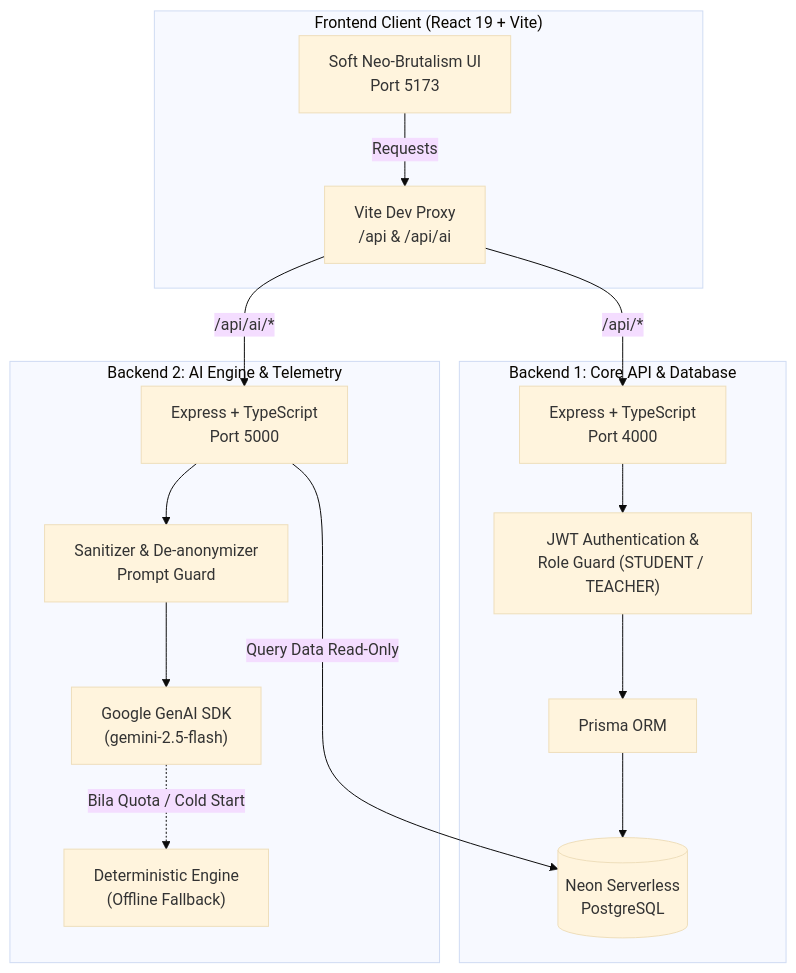
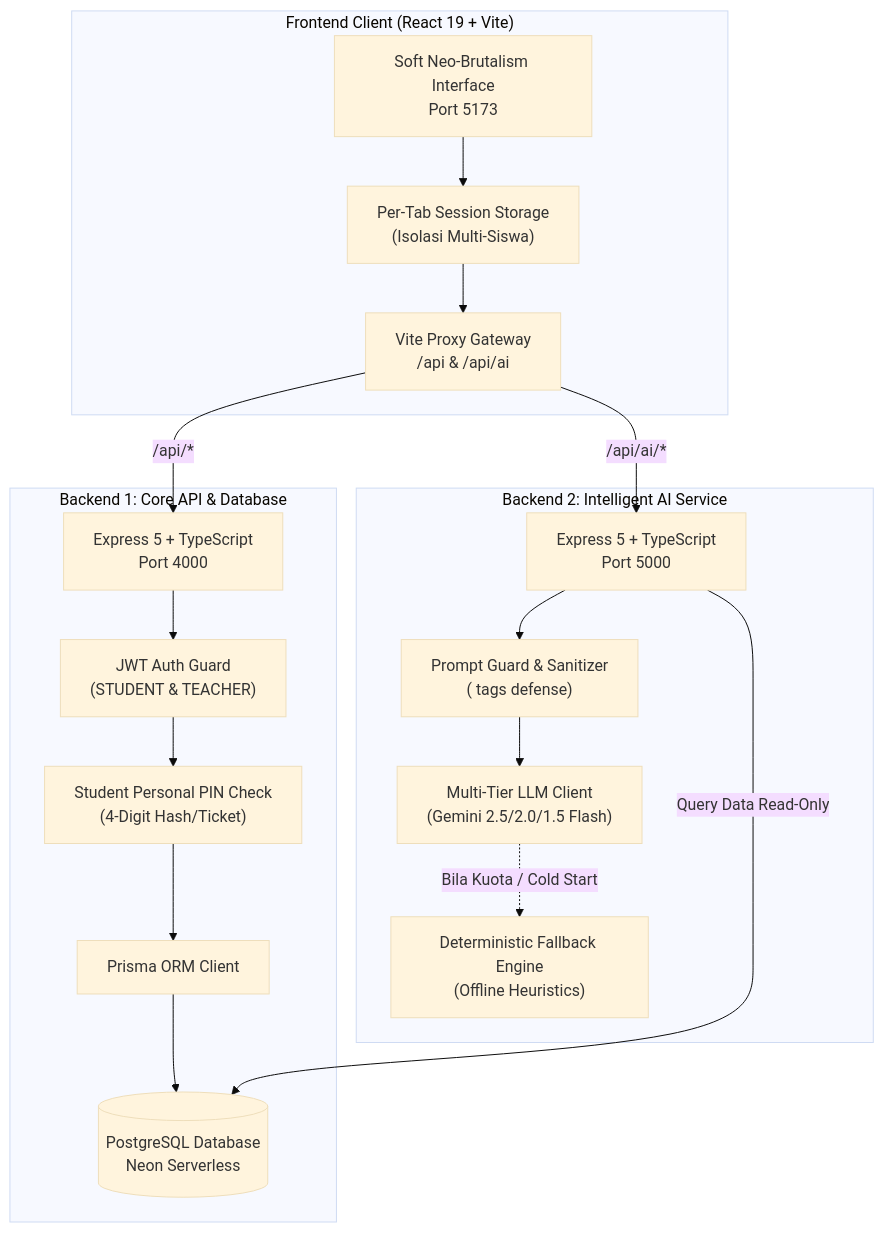
Before and after one commit to HAYKALAB/kelompok-adil: the second of 3 diagrams in README.md, drawn with Mermaid (base theme). The commit also changed other lines of this file and 1 other file, not shown here.

Commit message:
docs: update README.md for LOGICODIX 2026 guidebook criteria and implement multi-tier AI fallback

````diff
--- a/README.md
+++ b/README.md
@@ -58,34 +92,38 @@
 ```mermaid
 flowchart TD
     subgraph Client ["Frontend Client (React 19 + Vite)"]
-        UI["Soft Neo-Brutalism UI\nPort 5173"]
-        ViteProxy["Vite Dev Proxy\n/api & /api/ai"]
+        UI["Soft Neo-Brutalism Interface\nPort 5173"]
+        TabSession["Per-Tab Session Storage\n(Isolasi Multi-Siswa)"]
+        ViteProxy["Vite Proxy Gateway\n/api & /api/ai"]
     end
 
     subgraph CoreBackend ["Backend 1: Core API & Database"]
-        B1["Express + TypeScript\nPort 4000"]
-        Auth["JWT Authentication &\nRole Guard (STUDENT / TEACHER)"]
-        Prisma["Prisma ORM"]
-        DB[(Neon Serverless\nPostgreSQL)]
+        B1["Express 5 + TypeScript\nPort 4000"]
+        AuthMiddleware["JWT Auth Guard\n(STUDENT & TEACHER)"]
+        PINSecurity["Student Personal PIN Check\n(4-Digit Hash/Ticket)"]
+        PrismaORM["Prisma ORM Client"]
+        Database[(PostgreSQL Database\nNeon Serverless)]
     end
 
-    subgraph AIEngine ["Backend 2: AI Engine & Telemetry"]
-        B2["Express + TypeScript\nPort 5000"]
-        Sanitize["Sanitizer & De-anonymizer\nPrompt Guard"]
-        GeminiSDK["Google GenAI SDK\n(gemini-2.5-flash)"]
-        Fallback["Deterministic Engine\n(Offline Fallback)"]
+    subgraph AIEngine ["Backend 2: Intelligent AI Service"]
+        B2["Express 5 + TypeScript\nPort 5000"]
+        PromptGuard["Prompt Guard & Sanitizer\n(<data> tags defense)"]
+        MultiTierLLM["Multi-Tier LLM Client\n(Gemini 2.5/2.0/1.5 Flash)"]
+        Deterministic["Deterministic Fallback Engine\n(Offline Heuristics)"]
     end
 
-    UI -->|Requests| ViteProxy
+    UI --> TabSession
+    TabSession --> ViteProxy
     ViteProxy -->|/api/*| B1
     ViteProxy -->|/api/ai/*| B2
 
-    B1 --> Auth
-    Auth --> Prisma
-    Prisma --> DB
+    B1 --> AuthMiddleware
+    AuthMiddleware --> PINSecurity
+    PINSecurity --> PrismaORM
+    PrismaORM --> Database
 
-    B2 --> Sanitize
-    Sanitize --> GeminiSDK
-    GeminiSDK -.->|Bila Quota / Cold Start| Fallback
-    B2 -->|Query Data Read-Only| DB
+    B2 --> PromptGuard
+    PromptGuard --> MultiTierLLM
+    MultiTierLLM -.->|Bila Kuota / Cold Start| Deterministic
+    B2 -->|Query Data Read-Only| Database
 ```
````
